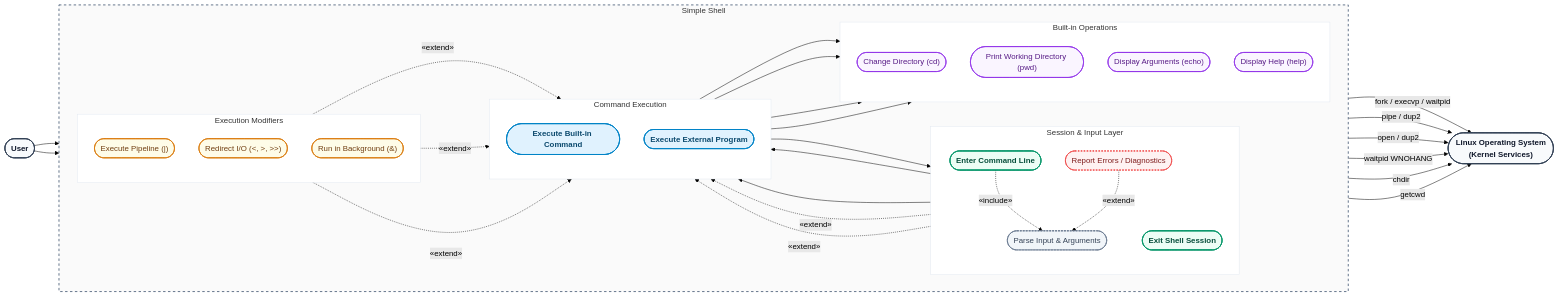
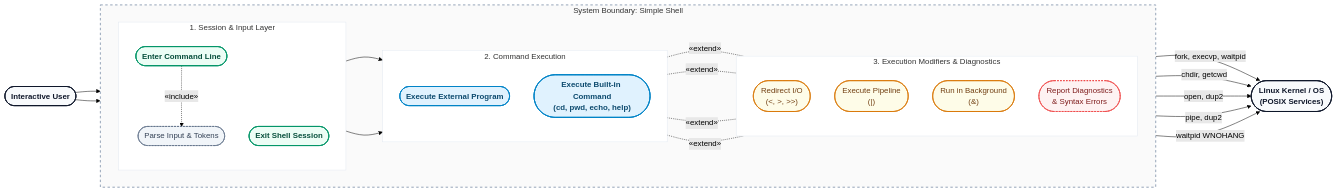
The diagram in docs/Use_Case_Diagram.mmd (ShrikarDesai07/simple-shell), drawn with Mermaid (forest theme) before and after one commit. The commit also changed 1 other file, not shown here.

Commit message:
docs: streamline use case diagram layout and resolve edge crossings
The previous use case diagram suffered from crossed relationship lines, nested subgraph direction conflicts, and backward edges from built-in and modifier blocks that degraded Mermaid's rendering.

Improvements:
- Organized the shell system boundary into 3 sequential layers:
  1. Session & Input Layer (Command prompt, exit, token parsing)
  2. Command Execution (External program execution and built-in dispatch)
  3. Execution Modifiers & Diagnostics (I/O redirection, pipelines, background jobs, error diagnostics)
- Fixed UML relationship orientations:
  - Directed «include» association from Enter Command to Parse Input
  - Reverse-flow «extend» relationships pointing cleanly to the base execution use case without cycles
- Streamlined POSIX kernel syscall links on the right without line collisions
- Regenerated docs/Use_Case_Diagram.png to stay in sync with the updated source

```diff
--- a/docs/Use_Case_Diagram.mmd
+++ b/docs/Use_Case_Diagram.mmd
@@ -1,87 +1,67 @@
 flowchart LR
     %% Actors
-    User(["User"]):::actor
-    OS(["Linux Operating System<br/>(Kernel Services)"]):::actor
+    User(["Interactive User"]):::actor
+    Kernel(["Linux Kernel / OS<br/>(POSIX Services)"]):::actor
 
     %% System Boundary
-    subgraph Shell ["Simple Shell"]
+    subgraph Shell ["System Boundary: Simple Shell"]
         direction LR
 
-        subgraph Session ["Session & Input Layer"]
+        subgraph Session ["1. Session & Input Layer"]
             direction TB
             UC_Enter(["Enter Command Line"]):::primaryUC
-            UC_Parse(["Parse Input & Arguments"]):::supportUC
+            UC_Parse(["Parse Input & Tokens"]):::supportUC
             UC_Exit(["Exit Shell Session"]):::primaryUC
-            UC_Error(["Report Errors / Diagnostics"]):::errorUC
         end
 
-        subgraph Execution ["Command Execution"]
+        subgraph Execution ["2. Command Execution"]
             direction TB
-            UC_Builtin(["Execute Built-in Command"]):::execUC
             UC_External(["Execute External Program"]):::execUC
+            UC_Builtin(["Execute Built-in Command<br/>(cd, pwd, echo, help)"]):::execUC
         end
 
-        subgraph Builtins ["Built-in Operations"]
+        subgraph Modifiers ["3. Execution Modifiers & Diagnostics"]
             direction TB
-            UC_CD(["Change Directory (cd)"]):::leafUC
-            UC_PWD(["Print Working Directory (pwd)"]):::leafUC
-            UC_Echo(["Display Arguments (echo)"]):::leafUC
-            UC_Help(["Display Help (help)"]):::leafUC
-        end
-
-        subgraph Modifiers ["Execution Modifiers"]
-            direction TB
-            UC_Pipe(["Execute Pipeline (|)"]):::modUC
-            UC_Redir(["Redirect I/O (<, >, >>)"]):::modUC
-            UC_Bg(["Run in Background (&)"]):::modUC
+            UC_Redir(["Redirect I/O<br/>(<, >, >>)"]):::modUC
+            UC_Pipe(["Execute Pipeline<br/>(|)"]):::modUC
+            UC_Bg(["Run in Background<br/>(&)"]):::modUC
+            UC_Error(["Report Diagnostics<br/>& Syntax Errors"]):::errorUC
         end
     end
 
-    %% User Associations
+    %% User Interactions
     User --> UC_Enter
     User --> UC_Exit
 
-    %% Core Inclusions & Invocations
+    %% Core Parsing Inclusion
     UC_Enter -.->|&laquo;include&raquo;| UC_Parse
+
+    %% Command Execution Routing
+    UC_Enter --> UC_External
     UC_Enter --> UC_Builtin
-    UC_Enter --> UC_External
 
-    %% Dispatch to Built-in implementations
-    UC_Builtin --> UC_CD
-    UC_Builtin --> UC_PWD
-    UC_Builtin --> UC_Echo
-    UC_Builtin --> UC_Help
-    UC_Builtin --> UC_Exit
+    %% Execution Modifiers extend External Program
+    UC_External <-.-|&laquo;extend&raquo;| UC_Redir
+    UC_External <-.-|&laquo;extend&raquo;| UC_Pipe
+    UC_External <-.-|&laquo;extend&raquo;| UC_Bg
+    UC_External <-.-|&laquo;extend&raquo;| UC_Error
 
-    %% Execution Modifiers (Extend)
-    UC_Pipe -.->|&laquo;extend&raquo;| UC_External
-    UC_Redir -.->|&laquo;extend&raquo;| UC_External
-    UC_Bg -.->|&laquo;extend&raquo;| UC_External
+    %% POSIX Kernel Syscall Interfaces
+    UC_External -->|fork, execvp, waitpid| Kernel
+    UC_Builtin -->|chdir, getcwd| Kernel
+    UC_Redir -->|open, dup2| Kernel
+    UC_Pipe -->|pipe, dup2| Kernel
+    UC_Bg -->|waitpid WNOHANG| Kernel
 
-    %% Error Handling (Extend)
-    UC_Error -.->|&laquo;extend&raquo;| UC_Parse
-    UC_Error -.->|&laquo;extend&raquo;| UC_Builtin
-    UC_Error -.->|&laquo;extend&raquo;| UC_External
-
-    %% Kernel Syscall Interfacing
-    UC_External -->|fork / execvp / waitpid| OS
-    UC_Pipe -->|pipe / dup2| OS
-    UC_Redir -->|open / dup2| OS
-    UC_Bg -->|waitpid WNOHANG| OS
-    UC_CD -->|chdir| OS
-    UC_PWD -->|getcwd| OS
-
-    %% Clean Visual Styling
-    classDef actor fill:#f8fafc,stroke:#334155,stroke-width:2px,font-weight:bold,color:#0f172a;
+    %% Visual Styling
+    classDef actor fill:#f8fafc,stroke:#0f172a,stroke-width:2px,font-weight:bold,color:#0f172a;
     classDef primaryUC fill:#ecfdf5,stroke:#059669,stroke-width:2px,font-weight:600,color:#064e3b;
     classDef execUC fill:#e0f2fe,stroke:#0284c7,stroke-width:2px,font-weight:600,color:#0c4a6e;
     classDef supportUC fill:#f1f5f9,stroke:#64748b,stroke-width:1.5px,stroke-dasharray: 4 2,color:#334155;
-    classDef leafUC fill:#faf5ff,stroke:#9333ea,stroke-width:1.5px,color:#581c87;
-    classDef modUC fill:#fefce8,stroke:#d97706,stroke-width:1.5px,color:#713f12;
+    classDef modUC fill:#fefce8,stroke:#d97706,stroke-width:1.5px,font-weight:500,color:#713f12;
     classDef errorUC fill:#fef2f2,stroke:#ef4444,stroke-width:1.5px,stroke-dasharray: 3 3,color:#7f1d1d;
 
-    style Shell fill:#fafafa,stroke:#64748b,stroke-width:2px,stroke-dasharray: 5 5;
+    style Shell fill:#fafafa,stroke:#94a3b8,stroke-width:2px,stroke-dasharray: 5 5;
     style Session fill:#ffffff,stroke:#e2e8f0,stroke-width:1px;
     style Execution fill:#ffffff,stroke:#e2e8f0,stroke-width:1px;
-    style Builtins fill:#ffffff,stroke:#e2e8f0,stroke-width:1px;
     style Modifiers fill:#ffffff,stroke:#e2e8f0,stroke-width:1px;
```
